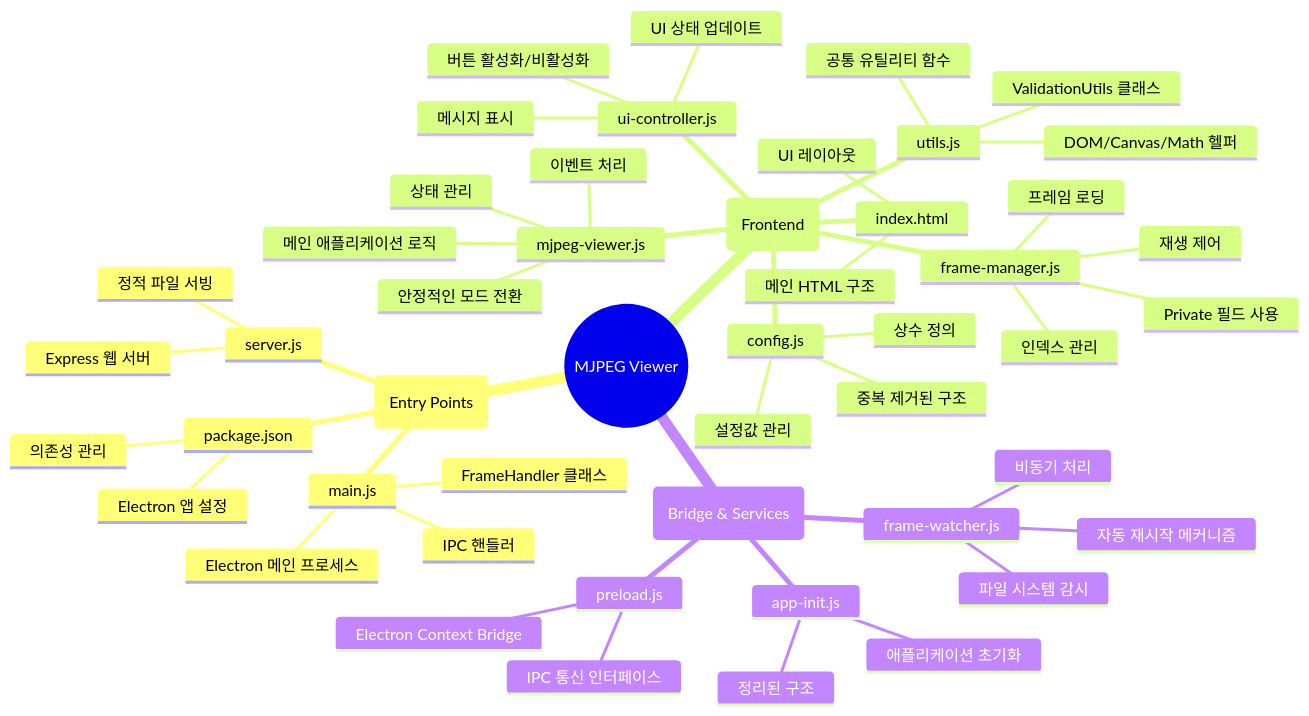
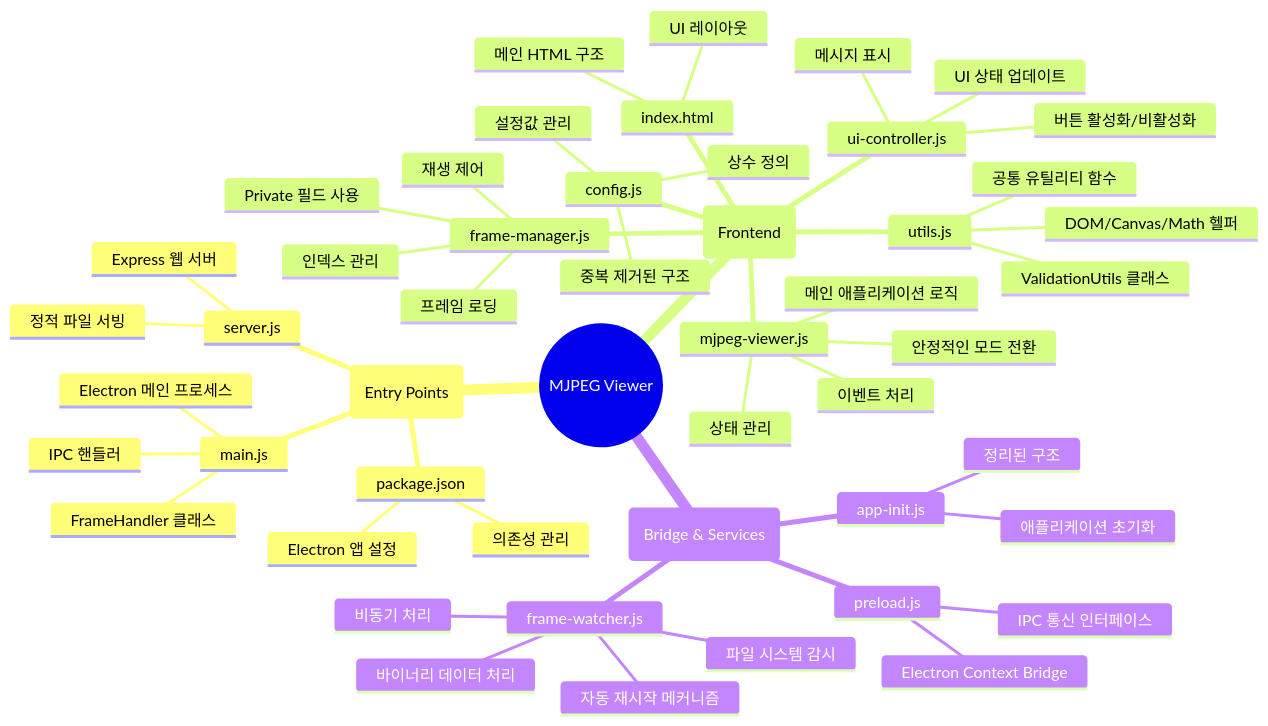
Before and after one commit to ddonyo/camera: the second of 4 diagrams in README.md, drawn with Mermaid. The commit also changed other lines of this file, not shown here.

````diff
--- a/README.md
+++ b/README.md
@@ -206,52 +216,53 @@
 ```mermaid
 mindmap
   root((MJPEG Viewer))
     (Entry Points)
       package.json
         Electron 앱 설정
         의존성 관리
       main.js
         Electron 메인 프로세스
         FrameHandler 클래스
         IPC 핸들러
       server.js
         Express 웹 서버
         정적 파일 서빙
     (Frontend)
       index.html
         메인 HTML 구조
         UI 레이아웃
       mjpeg-viewer.js
         메인 애플리케이션 로직
         상태 관리
         이벤트 처리
         안정적인 모드 전환
       frame-manager.js
         프레임 로딩
         재생 제어
         인덱스 관리
         Private 필드 사용
       ui-controller.js
         UI 상태 업데이트
         버튼 활성화/비활성화
         메시지 표시
       config.js
         상수 정의
         설정값 관리
         중복 제거된 구조
       utils.js
         공통 유틸리티 함수
         ValidationUtils 클래스
         DOM/Canvas/Math 헬퍼
     (Bridge & Services)
       preload.js
         Electron Context Bridge
         IPC 통신 인터페이스
       frame-watcher.js
         파일 시스템 감시
+        바이너리 데이터 처리
         자동 재시작 메커니즘
         비동기 처리
       app-init.js
         애플리케이션 초기화
         정리된 구조
 ```
````
